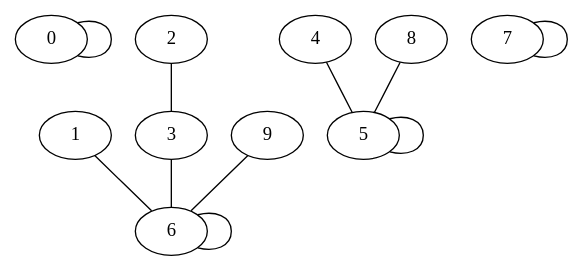
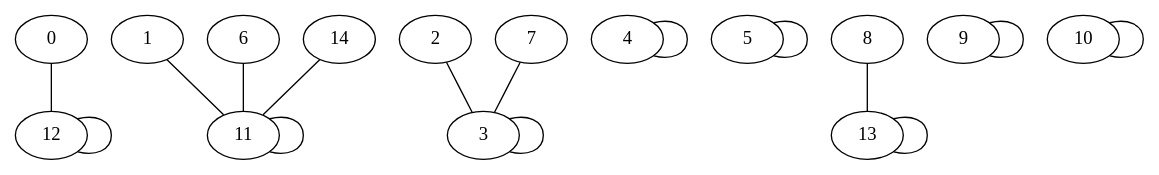
One commit to evlrs/Labyrinthe changed the diagram in partition/dorian/graph_part.dot. Above: the diagram before and after it, drawn with Graphviz. The commit also changed 14 other files, not shown here.

```diff
--- a/partition/dorian/graph_part.dot
+++ b/partition/dorian/graph_part.dot
@@ -1,12 +1,17 @@
 graph {
-	 0 -- 0;
-	 1 -- 6;
+	 0 -- 12;
+	 1 -- 11;
 	 2 -- 3;
-	 3 -- 6;
-	 4 -- 5;
+	 3 -- 3;
+	 4 -- 4;
 	 5 -- 5;
-	 6 -- 6;
-	 7 -- 7;
-	 8 -- 5;
-	 9 -- 6;
+	 6 -- 11;
+	 7 -- 3;
+	 8 -- 13;
+	 9 -- 9;
+	 10 -- 10;
+	 11 -- 11;
+	 12 -- 12;
+	 13 -- 13;
+	 14 -- 11;
 }
```
